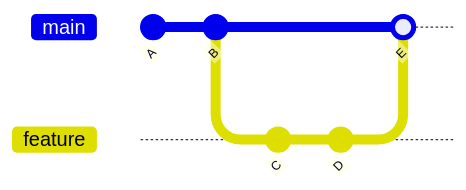
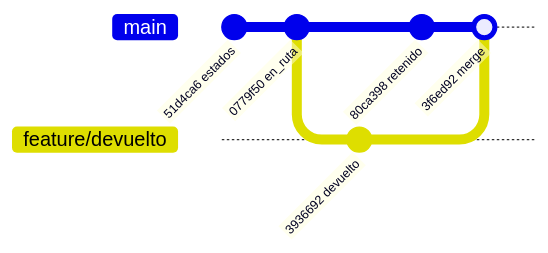
Before and after one commit to NICORUIZ93/The_Imperial_Book: the third of 4 diagrams in web/public/content/foundations/modulo-5.md, drawn with Mermaid. The commit also changed other lines of this file, not shown here.

````diff
--- a/web/public/content/foundations/modulo-5.md
+++ b/web/public/content/foundations/modulo-5.md
@@ -155,10 +922,10 @@
 ```mermaid
 gitGraph
-    commit id: "A"
-    commit id: "B"
-    branch feature
-    commit id: "C"
-    commit id: "D"
+    commit id: "51d4ca6 estados"
+    commit id: "0779f50 en_ruta"
+    branch feature/devuelto
+    commit id: "3936692 devuelto"
     checkout main
-    merge feature id: "E"
+    commit id: "80ca398 retenido"
+    merge feature/devuelto id: "3f6ed92 merge"
 ```
````
